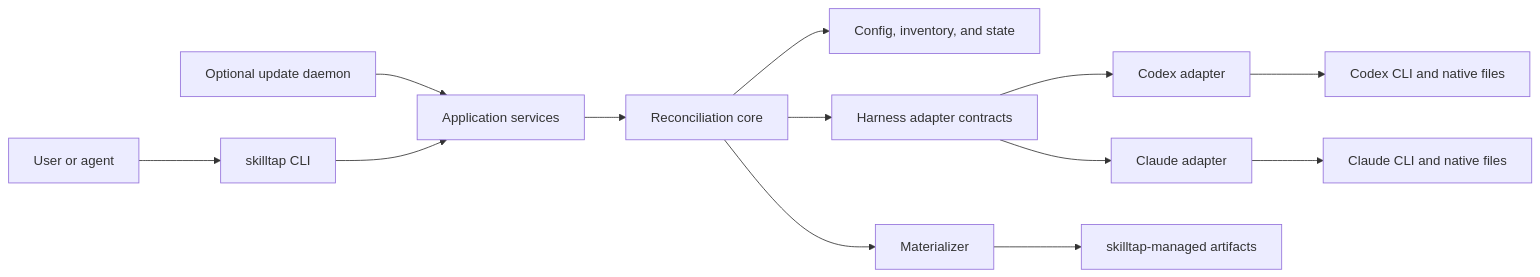
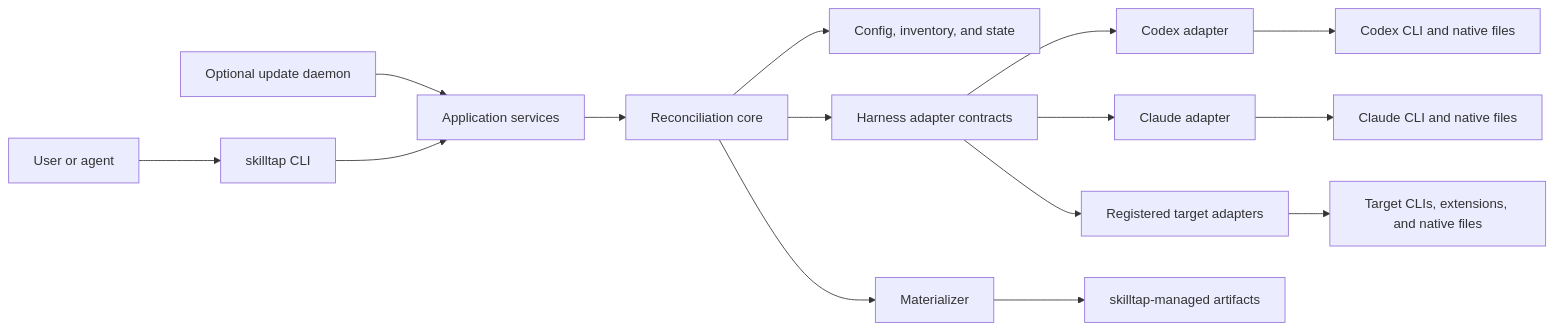
One commit to nklisch/skilltap changed the first of 6 diagrams in docs/ARCH.md. Above: the diagram before and after it, drawn with Mermaid. The commit also changed other lines of this file and 6 other files, not shown here.

````diff
--- a/docs/ARCH.md
+++ b/docs/ARCH.md
@@ -13,19 +13,21 @@
 ```mermaid
 flowchart LR
     User["User or agent"] --> CLI["skilltap CLI"]
     Daemon["Optional update daemon"] --> App["Application services"]
     CLI --> App
 
     App --> Core["Reconciliation core"]
     Core --> State["Config, inventory, and state"]
     Core --> Materializer["Materializer"]
     Core --> Adapters["Harness adapter contracts"]
 
     Adapters --> Codex["Codex adapter"]
     Adapters --> Claude["Claude adapter"]
+    Adapters --> Targets["Registered target adapters"]
 
     Codex --> CodexCLI["Codex CLI and native files"]
     Claude --> ClaudeCLI["Claude CLI and native files"]
+    Targets --> TargetNative["Target CLIs, extensions, and native files"]
 
     Materializer --> Managed["skilltap-managed artifacts"]
 ```
````
